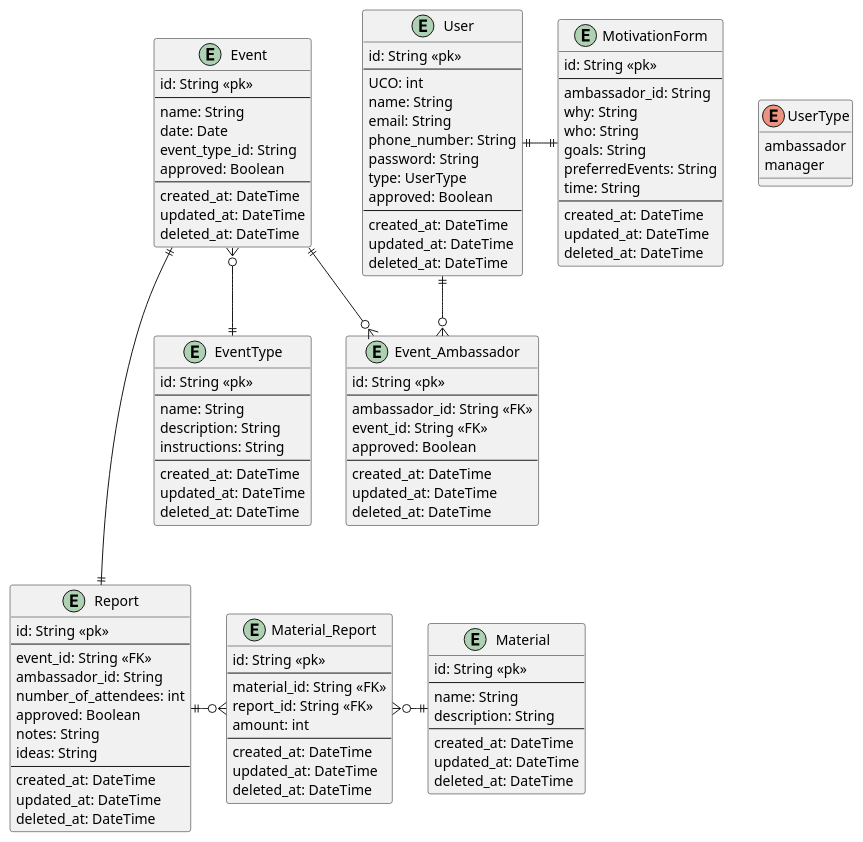
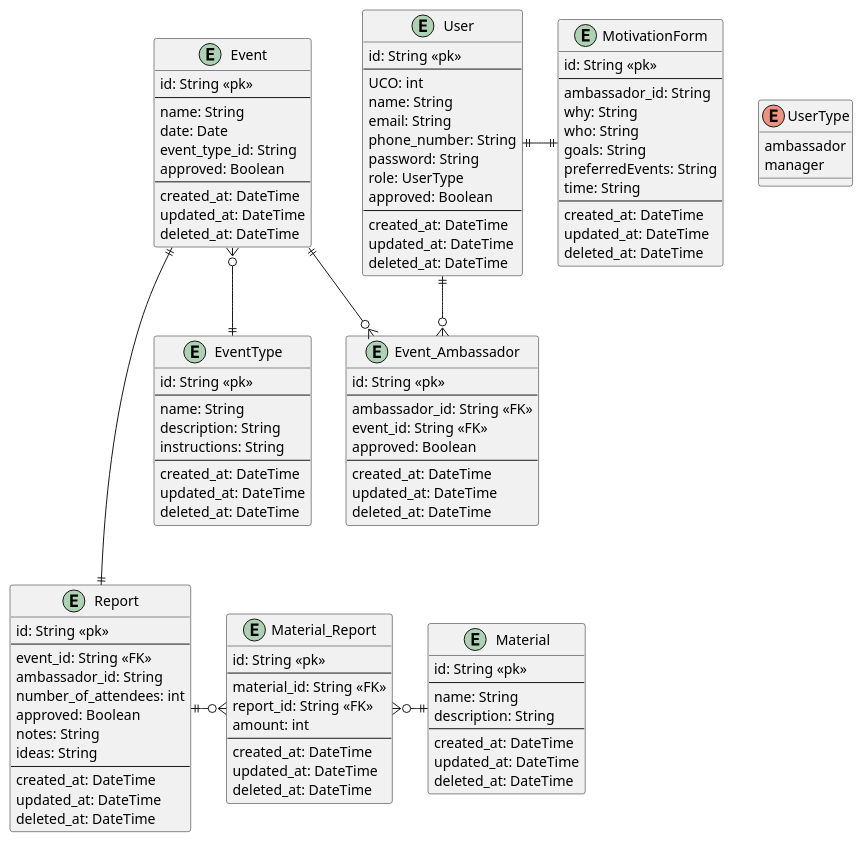
One commit to barhorkaa/ambassadors changed the diagram in diagrams/erd.puml. Above: the diagram before and after it, drawn with PlantUML.

Commit message:
fix(erd/user): renamed field type to role

```diff
--- a/diagrams/erd.puml
+++ b/diagrams/erd.puml
@@ -1,126 +1,126 @@
 @startuml
 'https://plantuml.com/entity-diagram
 
 entity MotivationForm {
   id: String <<pk>>
   --
   ambassador_id: String
   'answers to questions
   why: String
   who: String
   goals: String
   preferredEvents: String
   time: String
   --
   created_at: DateTime
   updated_at: DateTime
   deleted_at: DateTime
 }
 
 entity User {
   id: String <<pk>>
   --
   UCO: int
   name: String
   email: String
   phone_number: String
   password: String
-  type: UserType
+  role: UserType
   approved: Boolean
   --
   created_at: DateTime
   updated_at: DateTime
   deleted_at: DateTime
 }
 
 enum UserType {
   ambassador
   manager
 }
 
 entity Event {
   id: String <<pk>>
   --
   name: String
   date: Date
   event_type_id: String
   approved: Boolean
   --
   created_at: DateTime
   updated_at: DateTime
   deleted_at: DateTime
 }
 
 entity EventType {
   id: String <<pk>>
   --
   name: String
   description: String
   instructions: String
   --
   created_at: DateTime
   updated_at: DateTime
   deleted_at: DateTime
 }
 
 entity Event_Ambassador {
   id: String <<pk>>
   --
   ambassador_id: String <<FK>>
   event_id: String <<FK>>
   approved: Boolean
   --
   created_at: DateTime
   updated_at: DateTime
   deleted_at: DateTime
 }
 
 entity Report {
   id: String <<pk>>
   --
   event_id: String <<FK>>
   ambassador_id: String
   number_of_attendees: int
   approved: Boolean
 'photos
   notes: String
   ideas: String
   --
   created_at: DateTime
   updated_at: DateTime
   deleted_at: DateTime
 }
 
 entity Material_Report {
   id: String <<pk>>
   --
   material_id: String <<FK>>
   report_id: String <<FK>>
   amount: int
   --
   created_at: DateTime
   updated_at: DateTime
   deleted_at: DateTime
 }
 
 entity Material {
   id: String <<pk>>
   --
   name: String
   description: String
   --
   created_at: DateTime
   updated_at: DateTime
   deleted_at: DateTime
 }
 
 Report ||-o{ Material_Report
 Material_Report }o-|| Material
 Event ||---|| Report
 
 User ||-|| MotivationForm
 User ||--o{ Event_Ambassador
 Event ||--o{ Event_Ambassador
 Event }o--|| EventType
 
 @enduml
```
